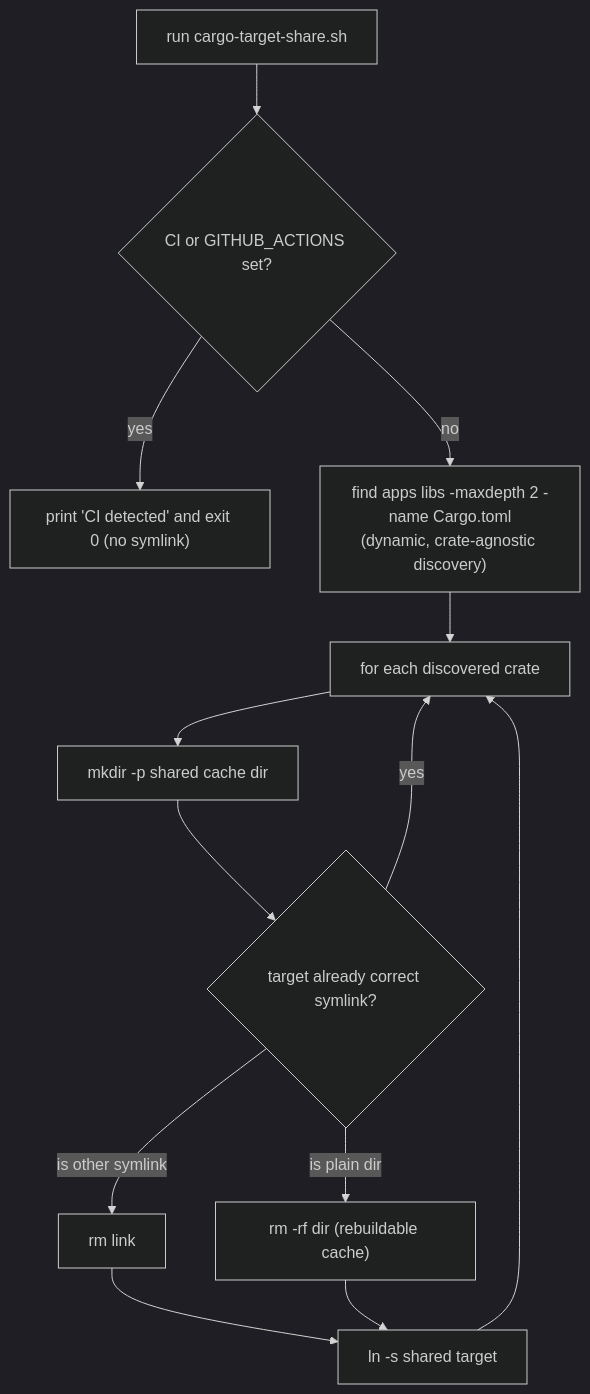
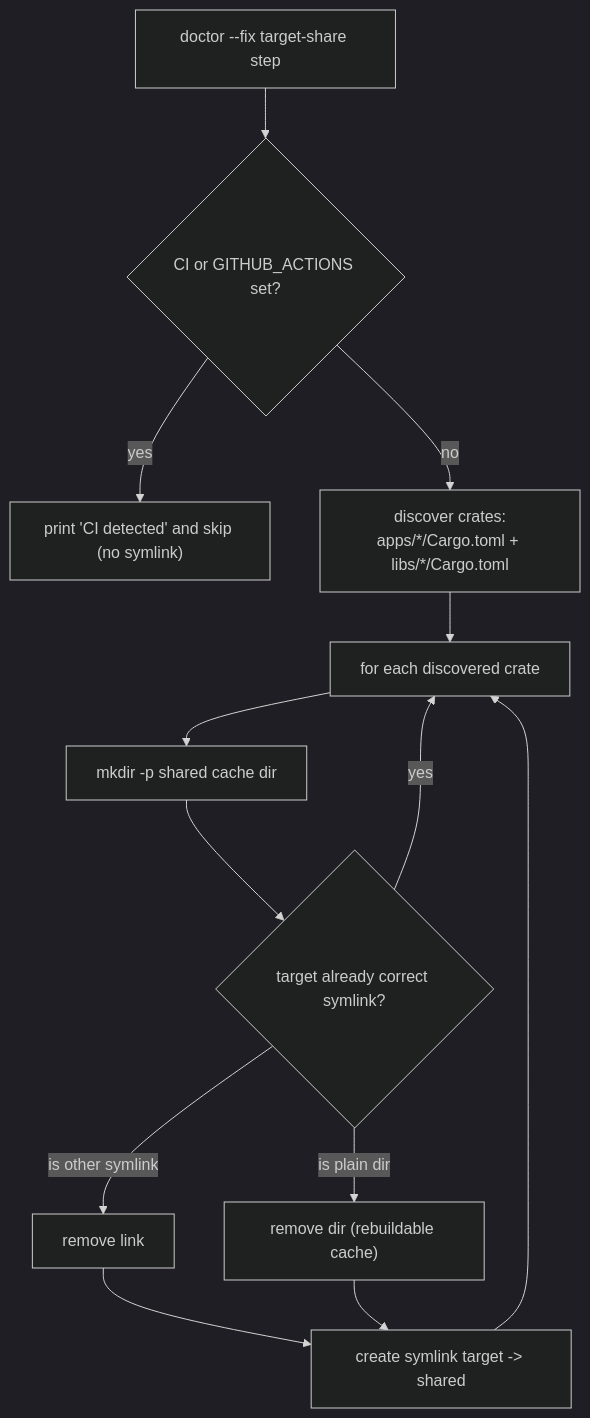
Before and after one commit to wahidyankf/baseerah: the third of 5 diagrams in plans/backlog/2026-07-18__rust-cargo-target-dir-sharing/tech-docs.md, drawn with Mermaid (dark theme). The commit also changed other lines of this file and 5 other files, not shown here.

First line of the commit message:
docs(plans): pivot rust-cargo-target-dir-sharing to rhino-cli doctor + worktree-aware GC

````diff
--- a/plans/backlog/2026-07-18__rust-cargo-target-dir-sharing/tech-docs.md
+++ b/plans/backlog/2026-07-18__rust-cargo-target-dir-sharing/tech-docs.md
@@ -37,16 +53,19 @@
 ```mermaid
-%% Decision branches inside scripts/cargo-target-share.sh
+%% Decision branches inside the doctor target-share step (--fix path)
+%% TD required: this decision chain's longest path (CI guard -> discover -> per-crate mkdir/symlink
+%% checks) exceeds LR's depth<=4 width constraint enforced by `rhino-cli md mermaid validate`
+%% (`md_validate_mermaid.rs --max-width` default 4); TD keeps that chain as the unchecked vertical axis
 flowchart TD
-  A["run cargo-target-share.sh"] --> B{"CI or GITHUB_ACTIONS set?"}
-  B -->|yes| Z["print 'CI detected' and exit 0 (no symlink)"]
-  B -->|no| C["find apps libs -maxdepth 2 -name Cargo.toml<br/>(dynamic, crate-agnostic discovery)"]
+  A["doctor --fix target-share step"] --> B{"CI or GITHUB_ACTIONS set?"}
+  B -->|yes| Z["print 'CI detected' and skip (no symlink)"]
+  B -->|no| C["discover crates:<br/>apps/*/Cargo.toml + libs/*/Cargo.toml"]
   C --> D["for each discovered crate"]
   D --> E["mkdir -p shared cache dir"]
   E --> F{"target already correct symlink?"}
   F -->|yes| D
-  F -->|is other symlink| G["rm link"]
-  F -->|is plain dir| H["rm -rf dir (rebuildable cache)"]
-  G --> I["ln -s shared target"]
+  F -->|is other symlink| G["remove link"]
+  F -->|is plain dir| H["remove dir (rebuildable cache)"]
+  G --> I["create symlink target -> shared"]
   H --> I
   I --> D
 ```
````
